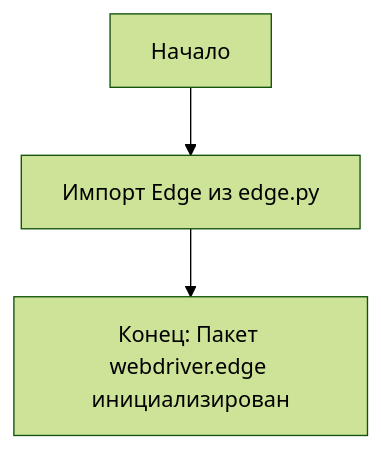
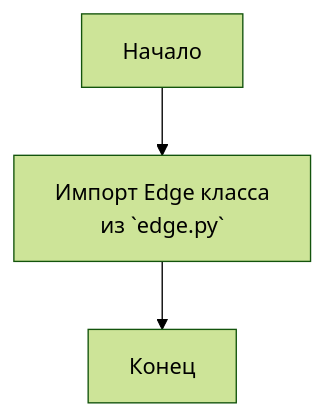
Before and after one commit to hypo69/hypo: the second of 2 diagrams in docs/gemini/ru/explainer/src/webdriver/edge/__init__.py.md, drawn with Mermaid (forest theme). The commit also changed other lines of this file and 1505 other files, not shown here.

````diff
--- a/docs/gemini/ru/explainer/src/webdriver/edge/__init__.py.md
+++ b/docs/gemini/ru/explainer/src/webdriver/edge/__init__.py.md
@@ -25,5 +21,5 @@
 ```mermaid
 flowchart TD
-    Start[Начало] --> ImportEdge[Импорт Edge из edge.py]
-    ImportEdge --> End[Конец: Пакет webdriver.edge инициализирован]
+    Start[Начало] --> ImportEdge[Импорт Edge класса <br> из `edge.py`]
+    ImportEdge --> End[Конец]
 ```
````
